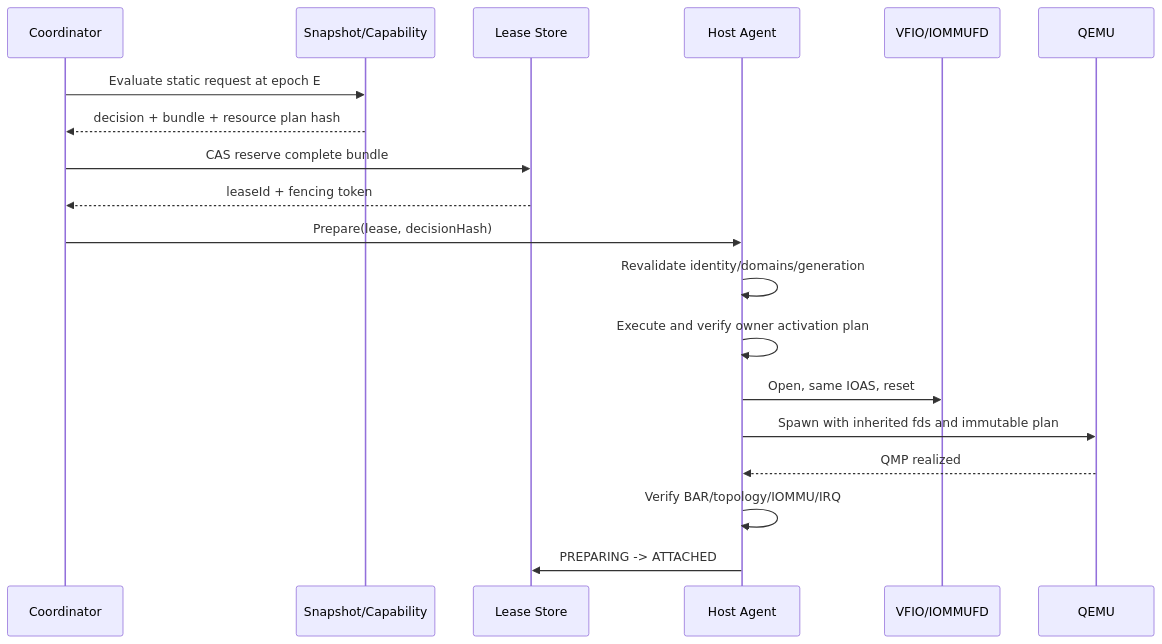
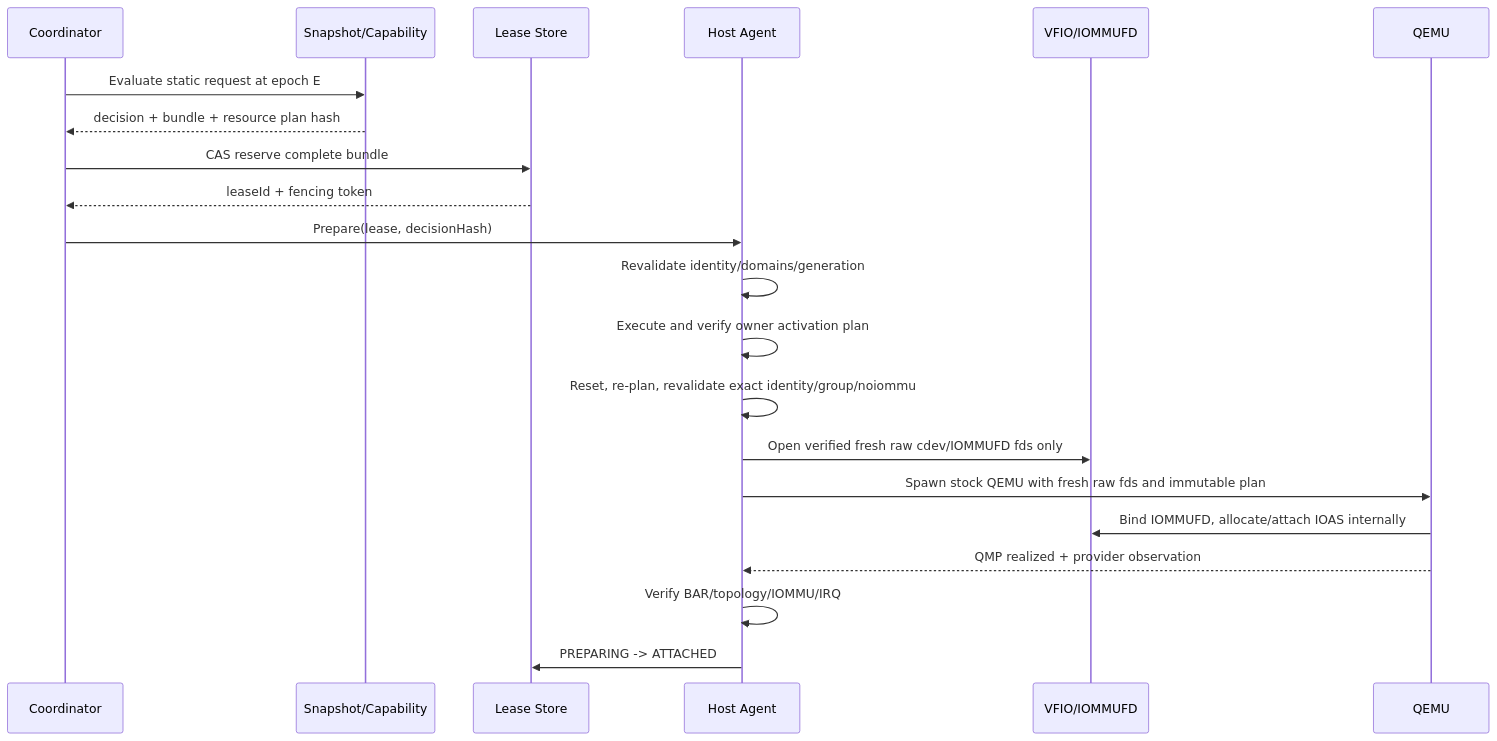
Diagram 15 of 21 in qemu-static-dynamic-directpath-design.md (JoJoJoinme/pci-mmio-notes), drawn with Mermaid before and after one commit. The commit also changed other lines of this file and 13 other files, not shown here.

````diff
--- a/qemu-static-dynamic-directpath-design.md
+++ b/qemu-static-dynamic-directpath-design.md
@@ -1879,22 +1899,24 @@
 ```mermaid
 sequenceDiagram
     participant C as Coordinator
     participant S as Snapshot/Capability
     participant L as Lease Store
     participant H as Host Agent
     participant V as VFIO/IOMMUFD
     participant Q as QEMU
 
     C->>S: Evaluate static request at epoch E
     S-->>C: decision + bundle + resource plan hash
     C->>L: CAS reserve complete bundle
     L-->>C: leaseId + fencing token
     C->>H: Prepare(lease, decisionHash)
     H->>H: Revalidate identity/domains/generation
     H->>H: Execute and verify owner activation plan
-    H->>V: Open, same IOAS, reset
-    H->>Q: Spawn with inherited fds and immutable plan
-    Q-->>H: QMP realized
+    H->>H: Reset, re-plan, revalidate exact identity/group/noiommu
+    H->>V: Open verified fresh raw cdev/IOMMUFD fds only
+    H->>Q: Spawn stock QEMU with fresh raw fds and immutable plan
+    Q->>V: Bind IOMMUFD, allocate/attach IOAS internally
+    Q-->>H: QMP realized + provider observation
     H->>H: Verify BAR/topology/IOMMU/IRQ
     H->>L: PREPARING -> ATTACHED
 ```
````
